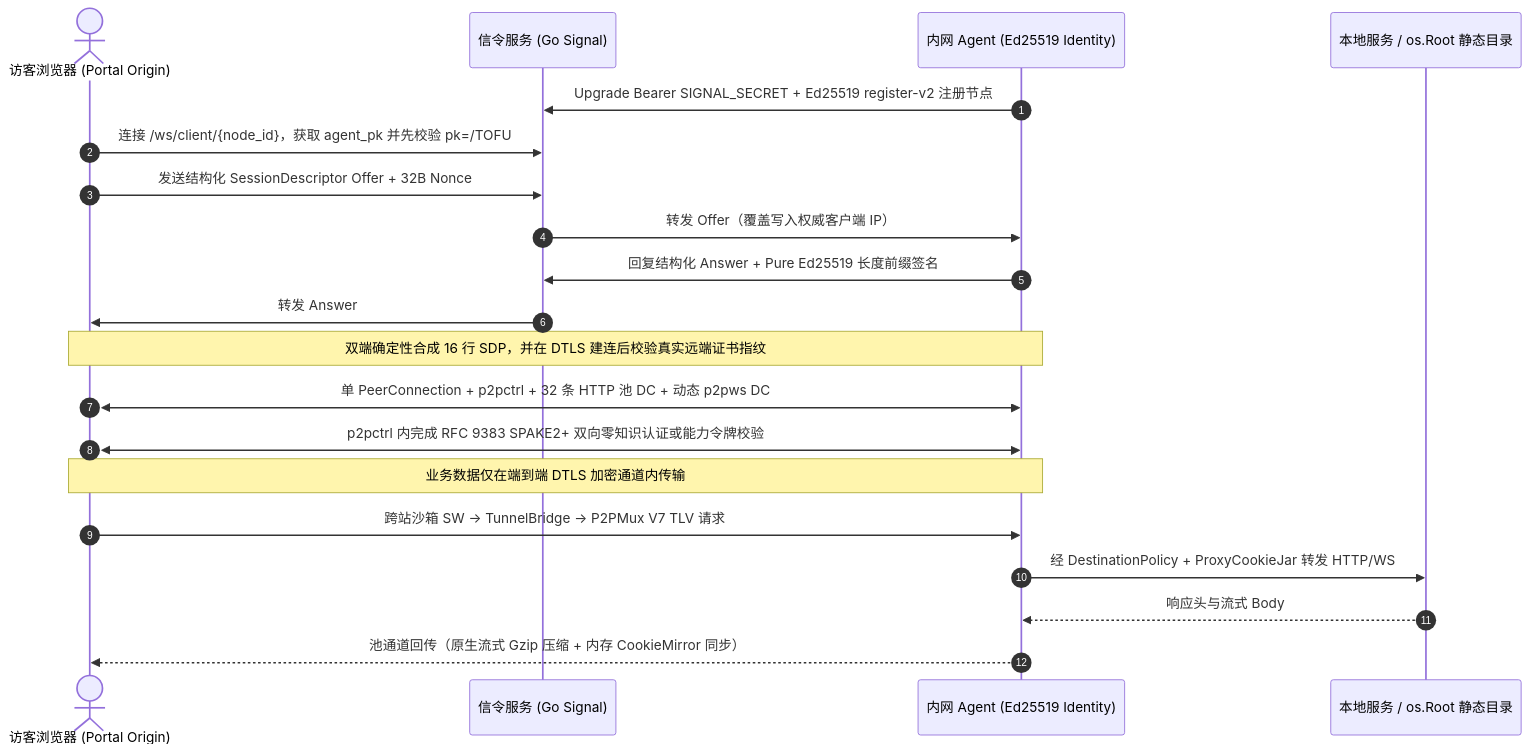
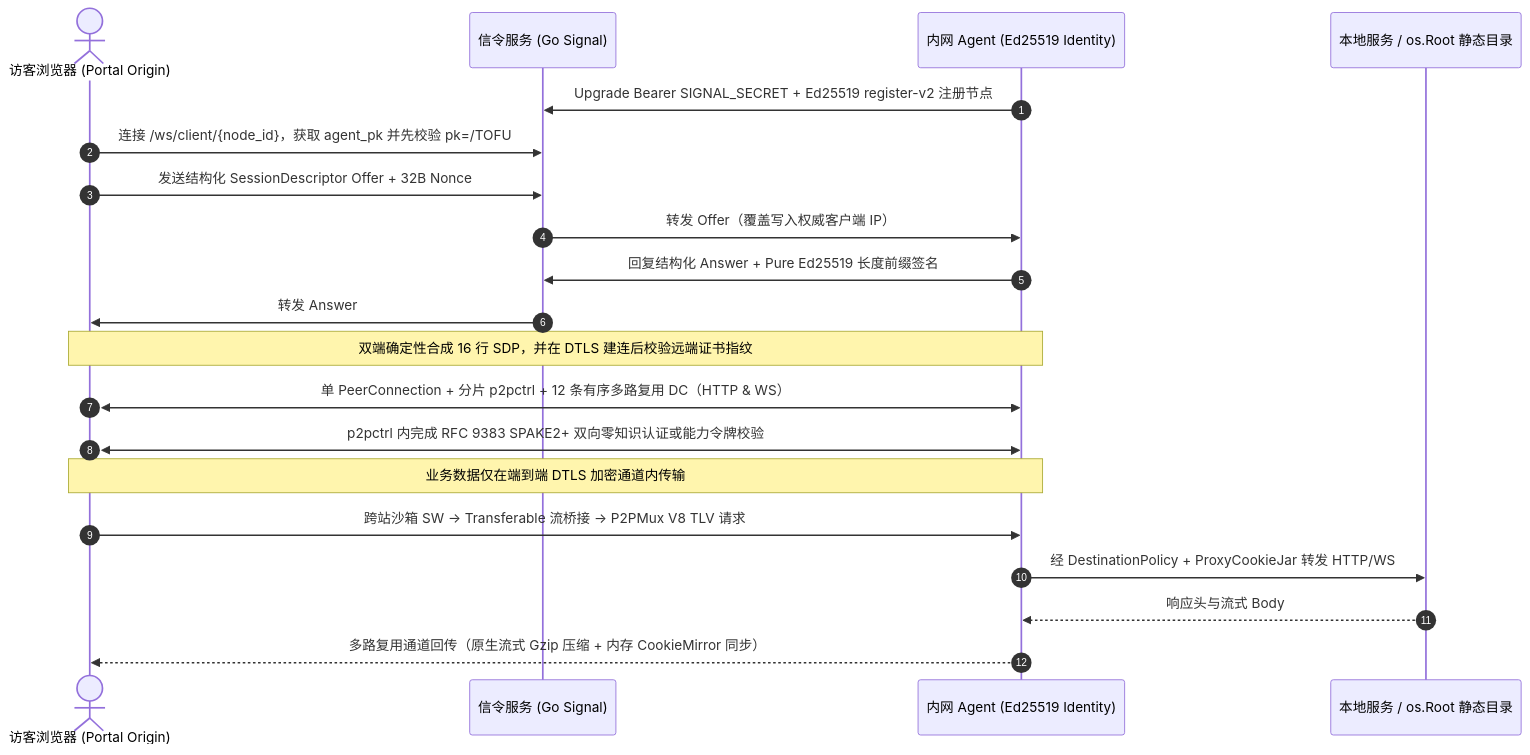
Before and after one commit to BeingNoAbility/WebRTC-Gateway: the diagram in docs/guide/architecture.md, drawn with Mermaid. The commit also changed other lines of this file and 118 other files, not shown here.

````diff
--- a/docs/guide/architecture.md
+++ b/docs/guide/architecture.md
@@ -12,25 +12,25 @@
 ```mermaid
 sequenceDiagram
     autonumber
     actor Visitor as 访客浏览器 (Portal Origin)
     participant Signal as 信令服务 (Go Signal)
     participant Agent as 内网 Agent (Ed25519 Identity)
     participant Target as 本地服务 / os.Root 静态目录
 
     Agent->>Signal: Upgrade Bearer SIGNAL_SECRET + Ed25519 register-v2 注册节点
     Visitor->>Signal: 连接 /ws/client/{node_id}，获取 agent_pk 并先校验 pk=/TOFU
     Visitor->>Signal: 发送结构化 SessionDescriptor Offer + 32B Nonce
     Signal->>Agent: 转发 Offer（覆盖写入权威客户端 IP）
     Agent->>Signal: 回复结构化 Answer + Pure Ed25519 长度前缀签名
     Signal->>Visitor: 转发 Answer
-    Note over Visitor,Agent: 双端确定性合成 16 行 SDP，并在 DTLS 建连后校验真实远端证书指纹
+    Note over Visitor,Agent: 双端确定性合成 16 行 SDP，并在 DTLS 建连后校验远端证书指纹
 
-    Visitor<<->>Agent: 单 PeerConnection + p2pctrl + 32 条 HTTP 池 DC + 动态 p2pws DC
+    Visitor<<->>Agent: 单 PeerConnection + 分片 p2pctrl + 12 条有序多路复用 DC（HTTP & WS）
     Visitor<<->>Agent: p2pctrl 内完成 RFC 9383 SPAKE2+ 双向零知识认证或能力令牌校验
     Note over Visitor,Agent: 业务数据仅在端到端 DTLS 加密通道内传输
 
-    Visitor->>Agent: 跨站沙箱 SW -> TunnelBridge -> P2PMux V7 TLV 请求
+    Visitor->>Agent: 跨站沙箱 SW -> Transferable 流桥接 -> P2PMux V8 TLV 请求
     Agent->>Target: 经 DestinationPolicy + ProxyCookieJar 转发 HTTP/WS
     Target-->>Agent: 响应头与流式 Body
-    Agent-->>Visitor: 池通道回传（原生流式 Gzip 压缩 + 内存 CookieMirror 同步）
+    Agent-->>Visitor: 多路复用通道回传（原生流式 Gzip 压缩 + 内存 CookieMirror 同步）
 ```
````
